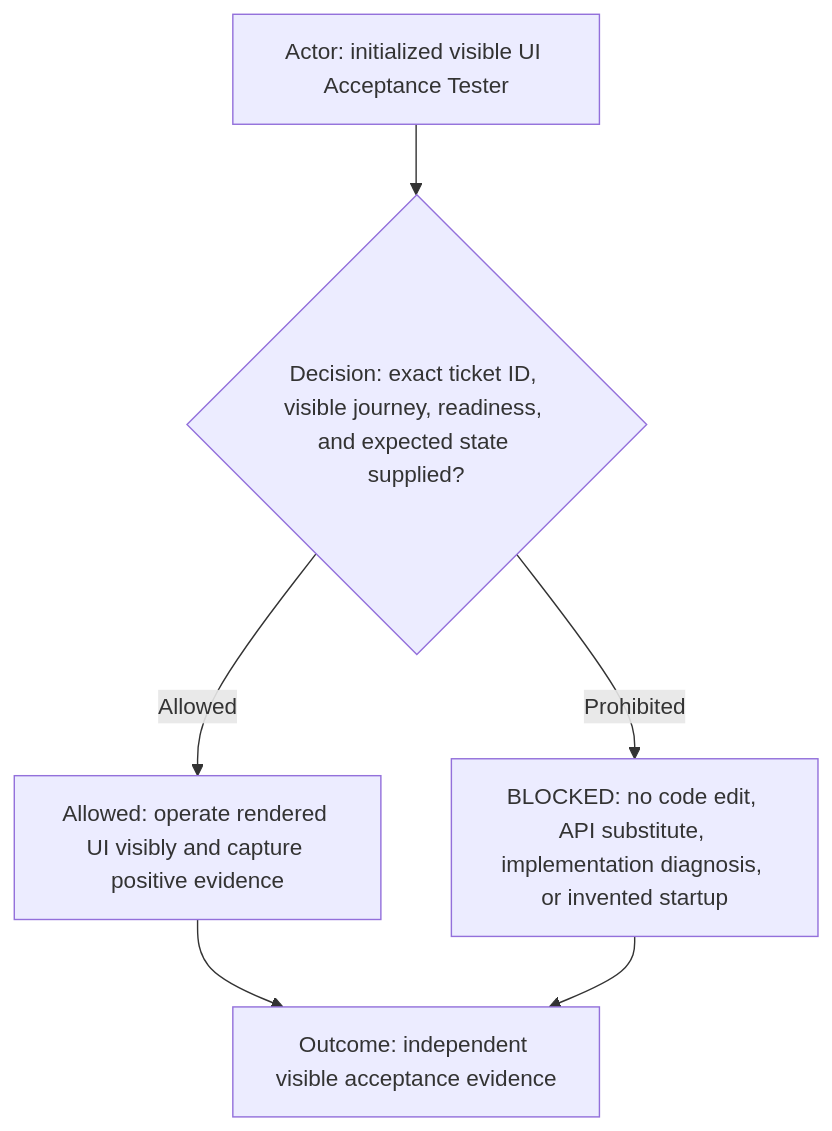
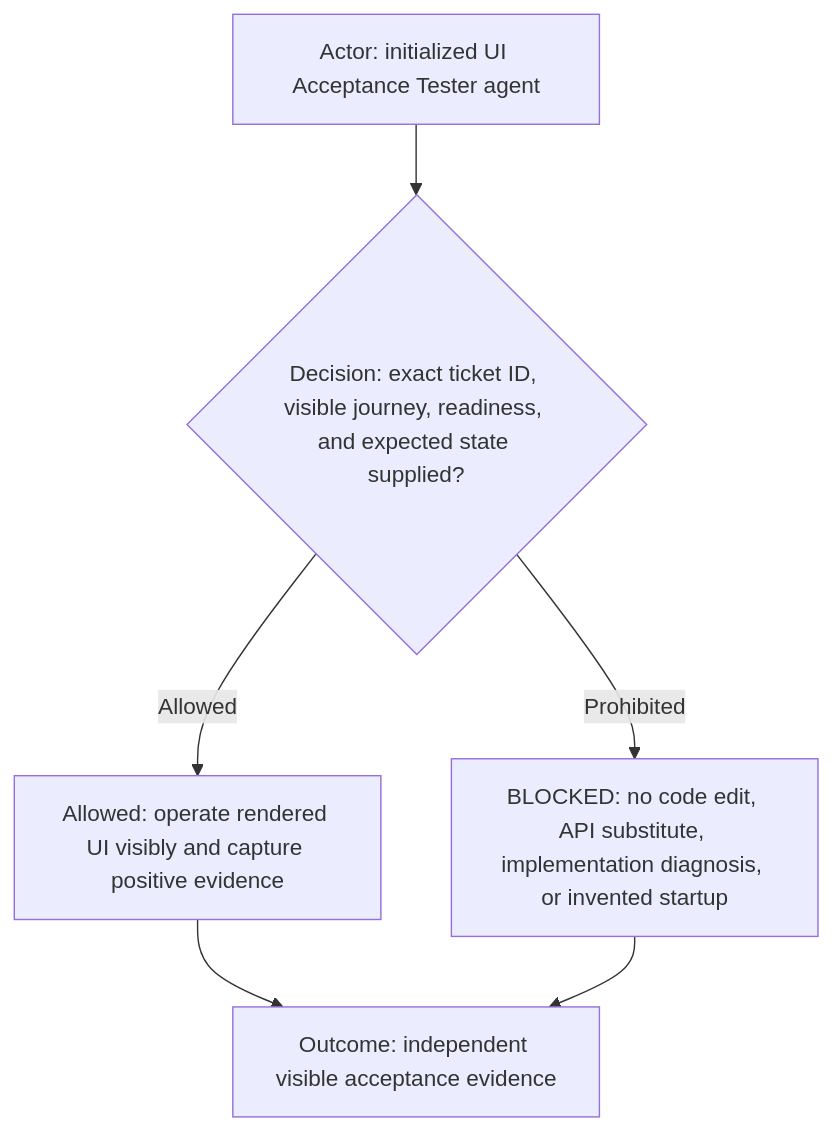
One commit to starodubtsevconsulting/ai-fleas changed the third of 8 diagrams in ai-workflows/_common/roles/ui-acceptance-tester.md. Above: the diagram before and after it, drawn with Mermaid. The commit also changed other lines of this file and 15 other files, not shown here.

````diff
--- a/ai-workflows/_common/roles/ui-acceptance-tester.md
+++ b/ai-workflows/_common/roles/ui-acceptance-tester.md
@@ -50,8 +50,8 @@
 ```mermaid
 flowchart TD
-  Actor["Actor: initialized visible UI Acceptance Tester"] --> Decision{"Decision: exact ticket ID, visible journey, readiness, and expected state supplied?"}
+  Actor["Actor: initialized UI Acceptance Tester agent"] --> Decision{"Decision: exact ticket ID, visible journey, readiness, and expected state supplied?"}
   Decision -->|Allowed| Route["Allowed: operate rendered UI visibly and capture positive evidence"]
   Decision -->|Prohibited| Blocked["BLOCKED: no code edit, API substitute, implementation diagnosis, or invented startup"]
   Route --> Outcome["Outcome: independent visible acceptance evidence"]
   Blocked --> Outcome
 ```
````
